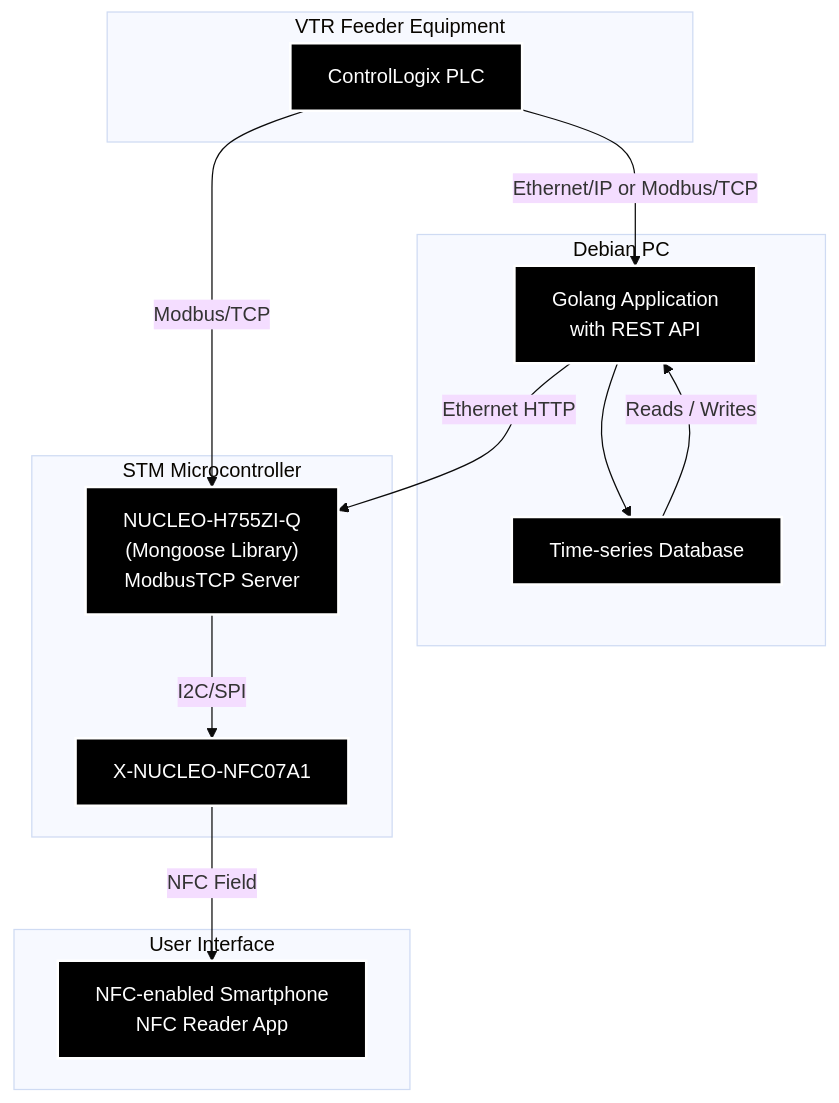
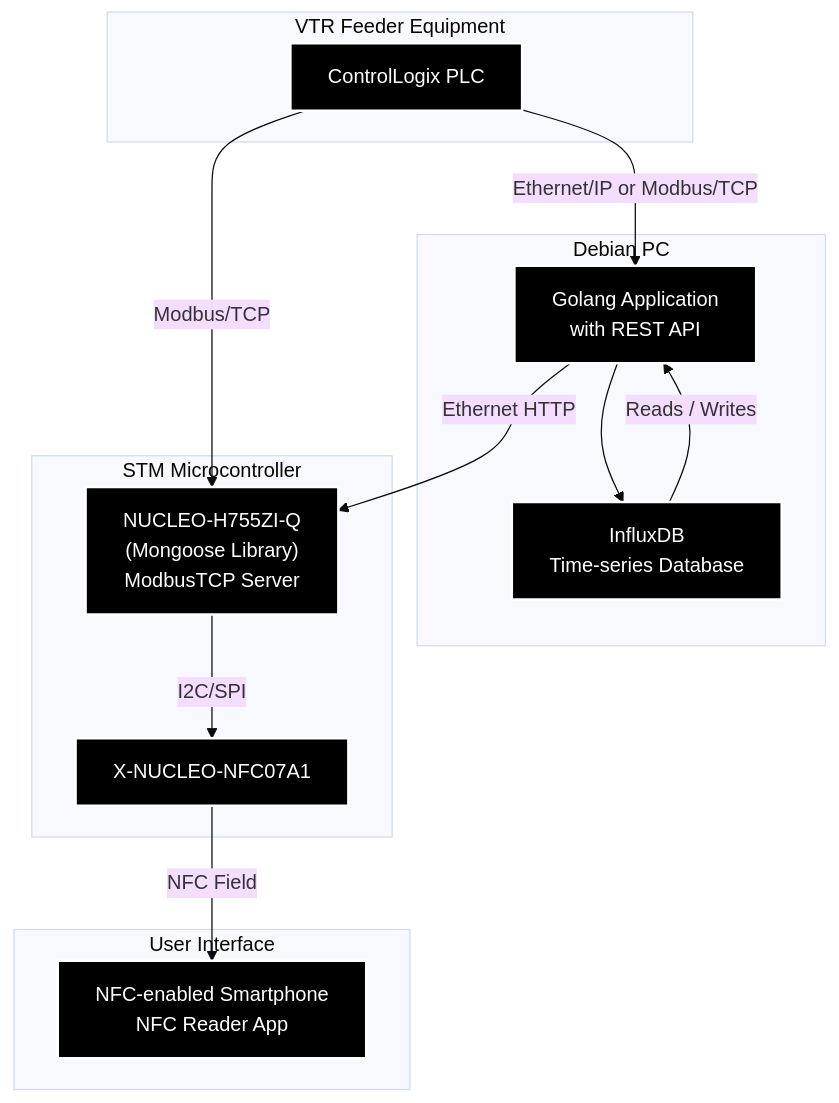
One commit to vtrgo/vtrgo-data-dashboard changed the diagram in MERMAID.md. Above: the diagram before and after it, drawn with Mermaid (base theme). The commit also changed 2 other files, not shown here.

````diff
--- a/MERMAID.md
+++ b/MERMAID.md
@@ -1,33 +1,33 @@
 ```mermaid
 graph TD
     subgraph VTR Feeder Equipment
         PLC["ControlLogix PLC"]
     end
 
     subgraph Debian PC
-        PC_App["Golang Application <br> with REST API"] --> InfluxDB["Time-series Database"]
+        PC_App["Golang Application <br> with REST API"] --> InfluxDB["InfluxDB <br> Time-series Database"]
     end
 
     subgraph STM Microcontroller
         NUCLEO["NUCLEO-H755ZI-Q <br> (Mongoose Library) <br> ModbusTCP Server"]
         NFC_Board["X-NUCLEO-NFC07A1"]
     end
 
     subgraph User Interface
         Smartphone["NFC-enabled Smartphone <br> NFC Reader App"]
     end
 
     PLC -- "Ethernet/IP or Modbus/TCP" --> PC_App
     InfluxDB -- "Reads / Writes" --> PC_App
     PC_App -- "Ethernet HTTP" --> NUCLEO
     PLC -- "Modbus/TCP" --> NUCLEO
     NUCLEO -- "I2C/SPI" --> NFC_Board
     NFC_Board -- "NFC Field" --> Smartphone
 
     style PLC fill:#000,stroke:#fff,color:#fff,stroke-width:2px
     style PC_App fill:#000,stroke:#fff,color:#fff,stroke-width:2px
     style InfluxDB fill:#000,stroke:#fff,color:#fff,stroke-width:2px
     style NUCLEO fill:#000,stroke:#fff,color:#fff,stroke-width:2px
     style NFC_Board fill:#000,stroke:#fff,color:#fff,stroke-width:2px
     style Smartphone fill:#000,stroke:#fff,color:#fff,stroke-width:2px
 ```
````
